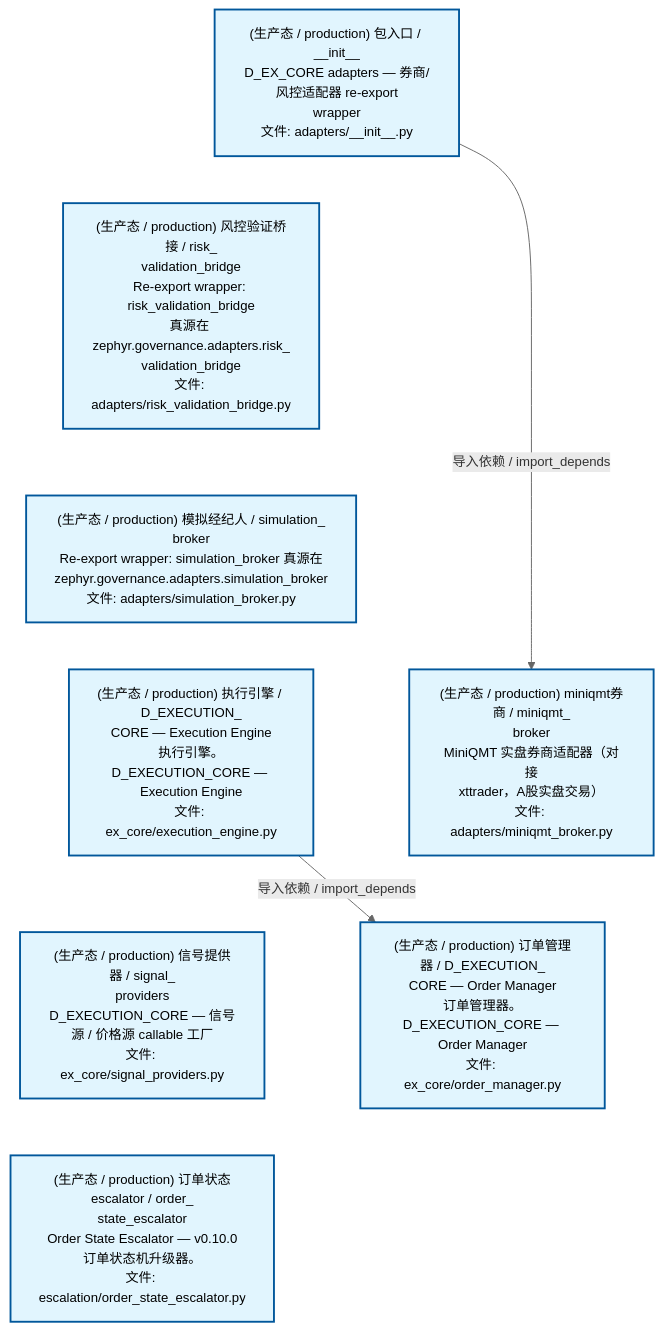
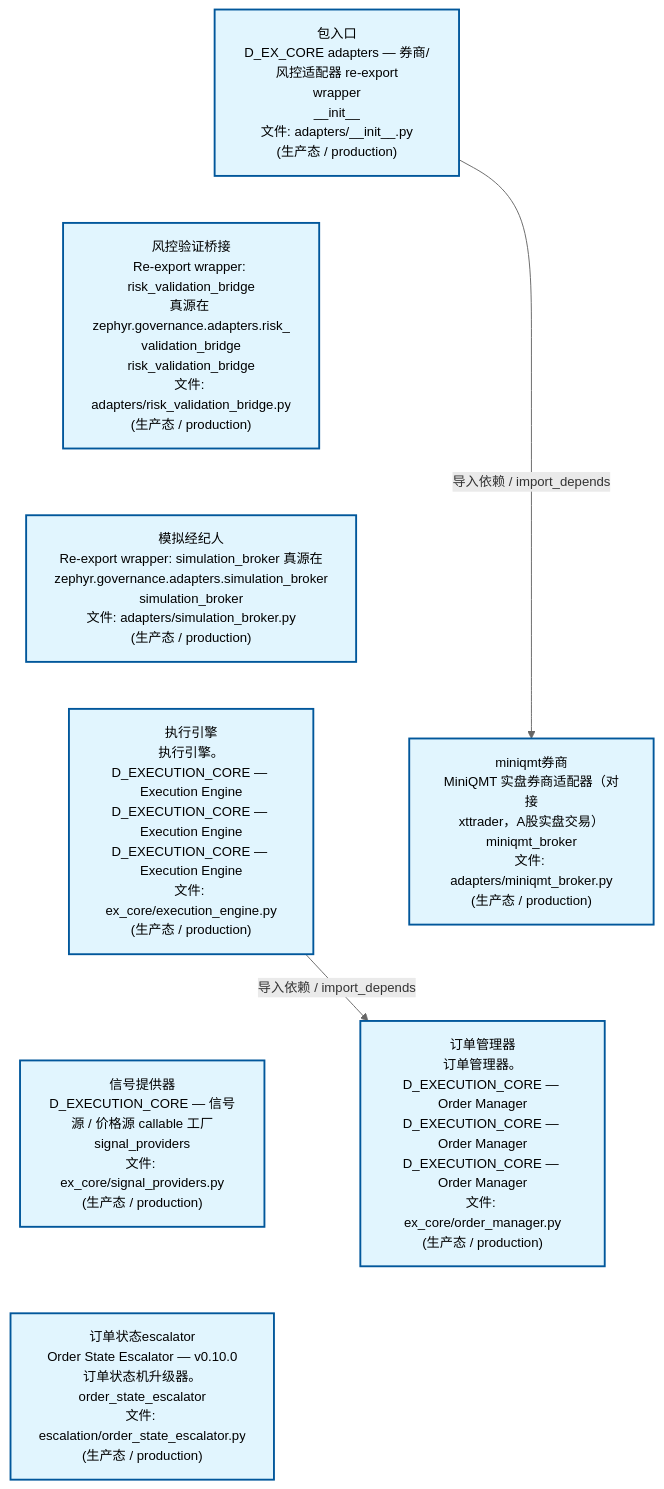
One commit to xuanFelixVan/ZephyrAlpha changed the second of 4 diagrams in docs/02_enterprise_architecture/02_domain_architecture_docs/44_d_ex_core.md. Above: the diagram before and after it, drawn with Mermaid. The commit also changed other lines of this file and 62 other files, not shown here.

````diff
--- a/docs/02_enterprise_architecture/02_domain_architecture_docs/44_d_ex_core.md
+++ b/docs/02_enterprise_architecture/02_domain_architecture_docs/44_d_ex_core.md
@@ -169,25 +169,25 @@
 ```mermaid
 %%{init: {'theme': 'base', 'themeVariables': {'primaryColor': '#eaeaea', 'primaryTextColor': '#333333', 'primaryBorderColor': '#666666', 'lineColor': '#666666', 'secondaryColor': '#eaeaea', 'tertiaryColor': '#eaeaea', 'fontSize': '14px'}}}%%
 flowchart TD
-    src_zephyr_ex_core_adapters_init_py["(生产态 / production) 包入口 / __init__<br/>D_EX_CORE adapters — 券商/风控适配器 re-export<br/>wrapper<br/>文件: adapters/__init__.py"]
-    src_zephyr_ex_core_adapters_risk_validation_bridge_py["(生产态 / production) 风控验证桥接 / risk_<br/>validation_bridge<br/>Re-export wrapper: risk_validation_bridge<br/>真源在 zephyr.governance.adapters.risk_<br/>validation_bridge<br/>文件: adapters/risk_validation_bridge.py"]
-    src_zephyr_ex_core_adapters_simulation_broker_py["(生产态 / production) 模拟经纪人 / simulation_<br/>broker<br/>Re-export wrapper: simulation_broker 真源在<br/>zephyr.governance.adapters.simulation_broker<br/>文件: adapters/simulation_broker.py"]
-    src_zephyr_ex_core_execution_engine_py["(生产态 / production) 执行引擎 / D_EXECUTION_<br/>CORE — Execution Engine<br/>执行引擎。D_EXECUTION_CORE — Execution Engine<br/>文件: ex_core/execution_engine.py"]
-    src_zephyr_ex_core_signal_providers_py["(生产态 / production) 信号提供器 / signal_<br/>providers<br/>D_EXECUTION_CORE — 信号源 / 价格源 callable 工厂<br/>文件: ex_core/signal_providers.py"]
-    src_zephyr_governance_escalation_order_state_escalator_py["(生产态 / production) 订单状态escalator / order_<br/>state_escalator<br/>Order State Escalator — v0.10.0<br/>订单状态机升级器。<br/>文件: escalation/order_state_escalator.py"]
+    src_zephyr_ex_core_adapters_init_py["包入口<br/>D_EX_CORE adapters — 券商/风控适配器 re-export<br/>wrapper<br/>__init__<br/>文件: adapters/__init__.py<br/>(生产态 / production)"]
+    src_zephyr_ex_core_adapters_risk_validation_bridge_py["风控验证桥接<br/>Re-export wrapper: risk_validation_bridge<br/>真源在 zephyr.governance.adapters.risk_<br/>validation_bridge<br/>risk_validation_bridge<br/>文件: adapters/risk_validation_bridge.py<br/>(生产态 / production)"]
+    src_zephyr_ex_core_adapters_simulation_broker_py["模拟经纪人<br/>Re-export wrapper: simulation_broker 真源在<br/>zephyr.governance.adapters.simulation_broker<br/>simulation_broker<br/>文件: adapters/simulation_broker.py<br/>(生产态 / production)"]
+    src_zephyr_ex_core_execution_engine_py["执行引擎<br/>执行引擎。D_EXECUTION_CORE — Execution Engine<br/>D_EXECUTION_CORE — Execution Engine<br/>D_EXECUTION_CORE — Execution Engine<br/>文件: ex_core/execution_engine.py<br/>(生产态 / production)"]
+    src_zephyr_ex_core_signal_providers_py["信号提供器<br/>D_EXECUTION_CORE — 信号源 / 价格源 callable 工厂<br/>signal_providers<br/>文件: ex_core/signal_providers.py<br/>(生产态 / production)"]
+    src_zephyr_governance_escalation_order_state_escalator_py["订单状态escalator<br/>Order State Escalator — v0.10.0<br/>订单状态机升级器。<br/>order_state_escalator<br/>文件: escalation/order_state_escalator.py<br/>(生产态 / production)"]
     src_zephyr_ex_core_adapters_init_py ~~~ src_zephyr_ex_core_adapters_risk_validation_bridge_py
     src_zephyr_ex_core_adapters_risk_validation_bridge_py ~~~ src_zephyr_ex_core_adapters_simulation_broker_py
     src_zephyr_ex_core_adapters_simulation_broker_py ~~~ src_zephyr_ex_core_execution_engine_py
     src_zephyr_ex_core_execution_engine_py ~~~ src_zephyr_ex_core_signal_providers_py
     src_zephyr_ex_core_signal_providers_py ~~~ src_zephyr_governance_escalation_order_state_escalator_py
-    src_zephyr_ex_core_adapters_miniqmt_broker_py["(生产态 / production) miniqmt券商 / miniqmt_<br/>broker<br/>MiniQMT 实盘券商适配器（对接<br/>xttrader，A股实盘交易）<br/>文件: adapters/miniqmt_broker.py"]
-    src_zephyr_ex_core_order_manager_py["(生产态 / production) 订单管理器 / D_EXECUTION_<br/>CORE — Order Manager<br/>订单管理器。D_EXECUTION_CORE — Order Manager<br/>文件: ex_core/order_manager.py"]
+    src_zephyr_ex_core_adapters_miniqmt_broker_py["miniqmt券商<br/>MiniQMT 实盘券商适配器（对接<br/>xttrader，A股实盘交易）<br/>miniqmt_broker<br/>文件: adapters/miniqmt_broker.py<br/>(生产态 / production)"]
+    src_zephyr_ex_core_order_manager_py["订单管理器<br/>订单管理器。D_EXECUTION_CORE — Order Manager<br/>D_EXECUTION_CORE — Order Manager<br/>D_EXECUTION_CORE — Order Manager<br/>文件: ex_core/order_manager.py<br/>(生产态 / production)"]
     src_zephyr_ex_core_adapters_miniqmt_broker_py ~~~ src_zephyr_ex_core_order_manager_py
     src_zephyr_ex_core_execution_engine_py -->|导入依赖 / import_depends| src_zephyr_ex_core_order_manager_py
     src_zephyr_ex_core_adapters_init_py -->|导入依赖 / import_depends| src_zephyr_ex_core_adapters_miniqmt_broker_py
     classDef production fill:#e1f5fe,stroke:#01579b,stroke-width:2px,color:#000
     classDef design fill:#fff3e0,stroke:#e65100,stroke-width:2px,color:#000,stroke-dasharray: 5 5
     classDef external_prod fill:#e8f4fd,stroke:#0277bd,stroke-width:1px,color:#000
     classDef external_design fill:#fff8e7,stroke:#ef6c00,stroke-width:1px,color:#000,stroke-dasharray: 5 5
     class src_zephyr_ex_core_adapters_init_py,src_zephyr_ex_core_adapters_miniqmt_broker_py,src_zephyr_ex_core_adapters_risk_validation_bridge_py,src_zephyr_ex_core_adapters_simulation_broker_py,src_zephyr_ex_core_execution_engine_py,src_zephyr_ex_core_order_manager_py,src_zephyr_ex_core_signal_providers_py,src_zephyr_governance_escalation_order_state_escalator_py production
 ```
````
